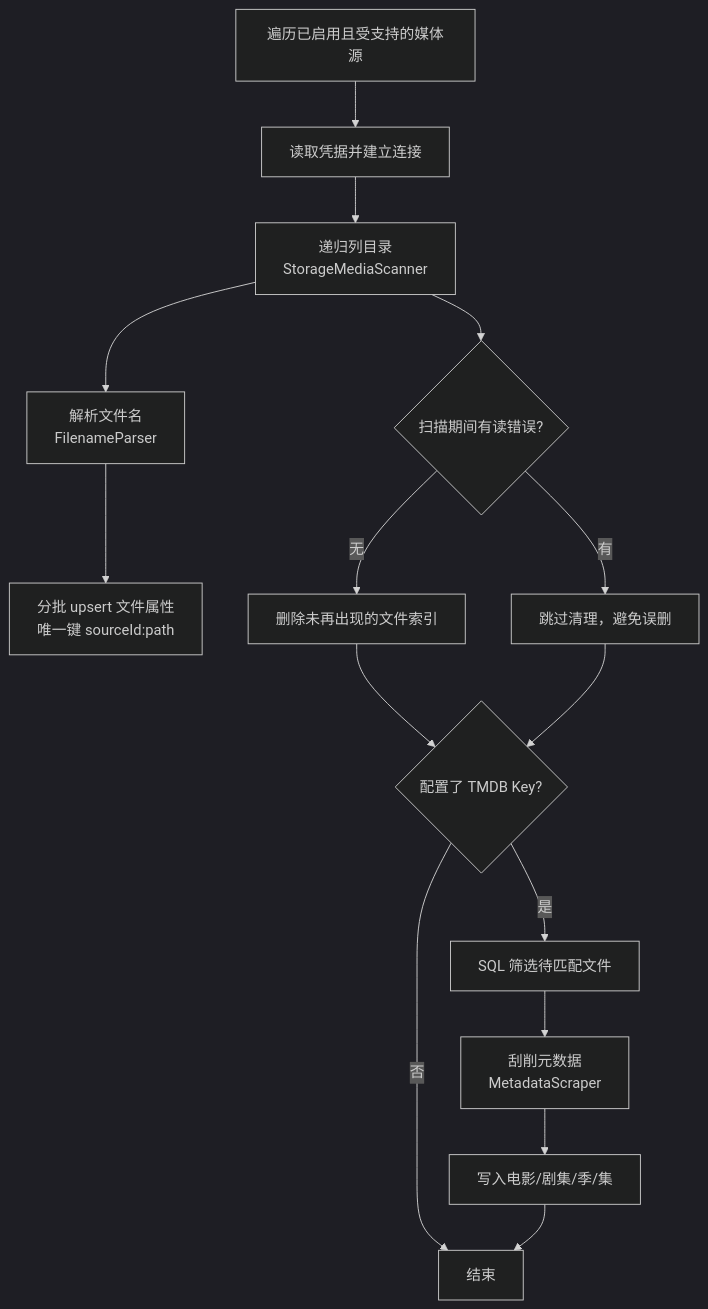
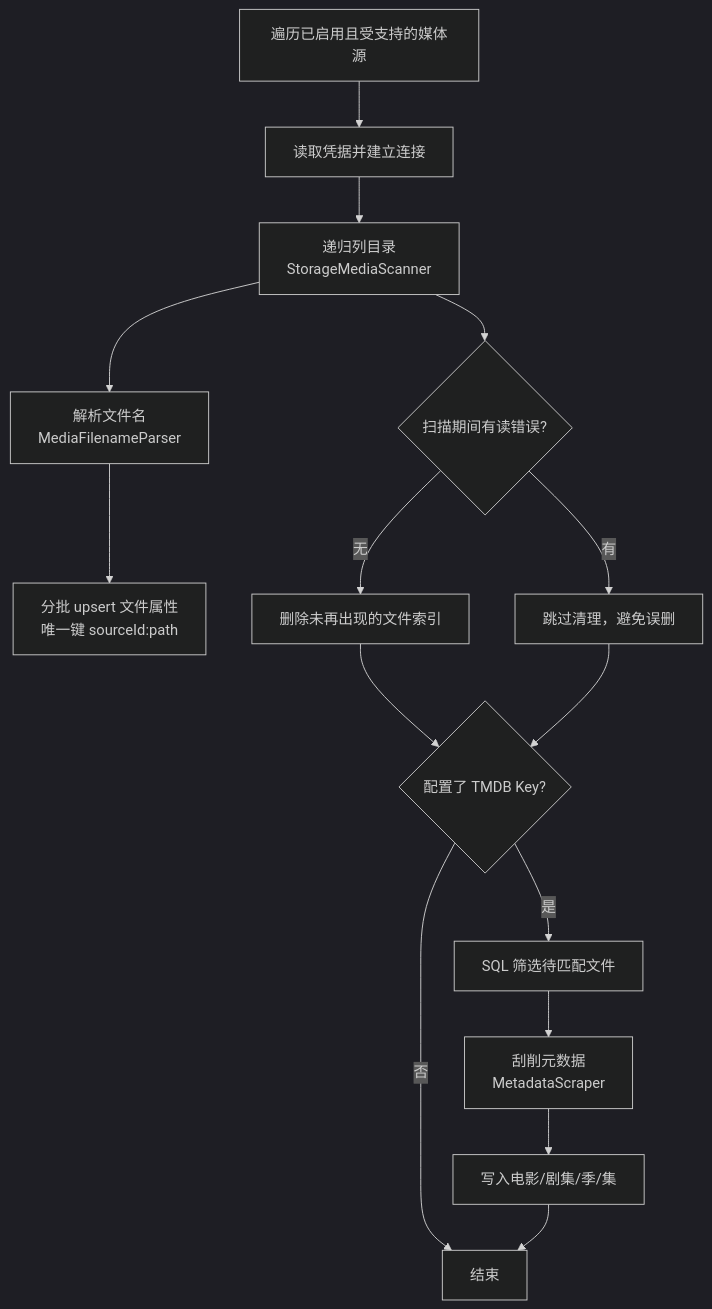
Before and after one commit to sen-to/mochi_player: the diagram in docs/architecture/media-pipeline.md, drawn with Mermaid (dark theme). The commit also changed other lines of this file and 493 other files, not shown here.

````diff
--- a/docs/architecture/media-pipeline.md
+++ b/docs/architecture/media-pipeline.md
@@ -6,17 +6,17 @@
 ```mermaid
 flowchart TD
   A[遍历已启用且受支持的媒体源] --> B[读取凭据并建立连接]
   B --> C[递归列目录<br/>StorageMediaScanner]
-  C --> E[解析文件名<br/>FilenameParser]
+  C --> E[解析文件名<br/>MediaFilenameParser]
   E --> F[分批 upsert 文件属性<br/>唯一键 sourceId:path]
   C --> G{扫描期间有读错误?}
   G -->|无| H[删除未再出现的文件索引]
   G -->|有| I[跳过清理，避免误删]
   H --> K{配置了 TMDB Key?}
   I --> K
   K -->|否| Z[结束]
   K -->|是| J[SQL 筛选待匹配文件]
   J --> L[刮削元数据<br/>MetadataScraper]
   L --> M[写入电影/剧集/季/集]
   M --> Z
 ```
````
